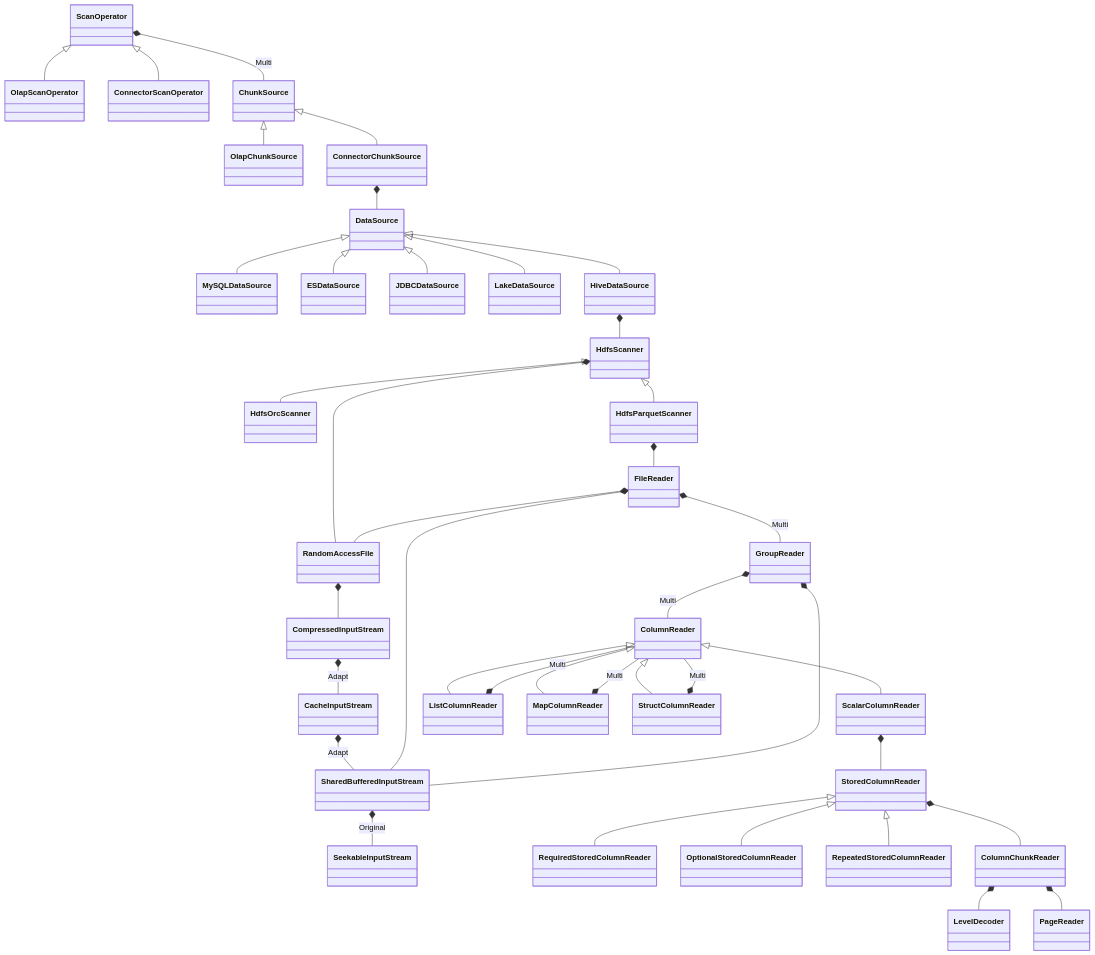
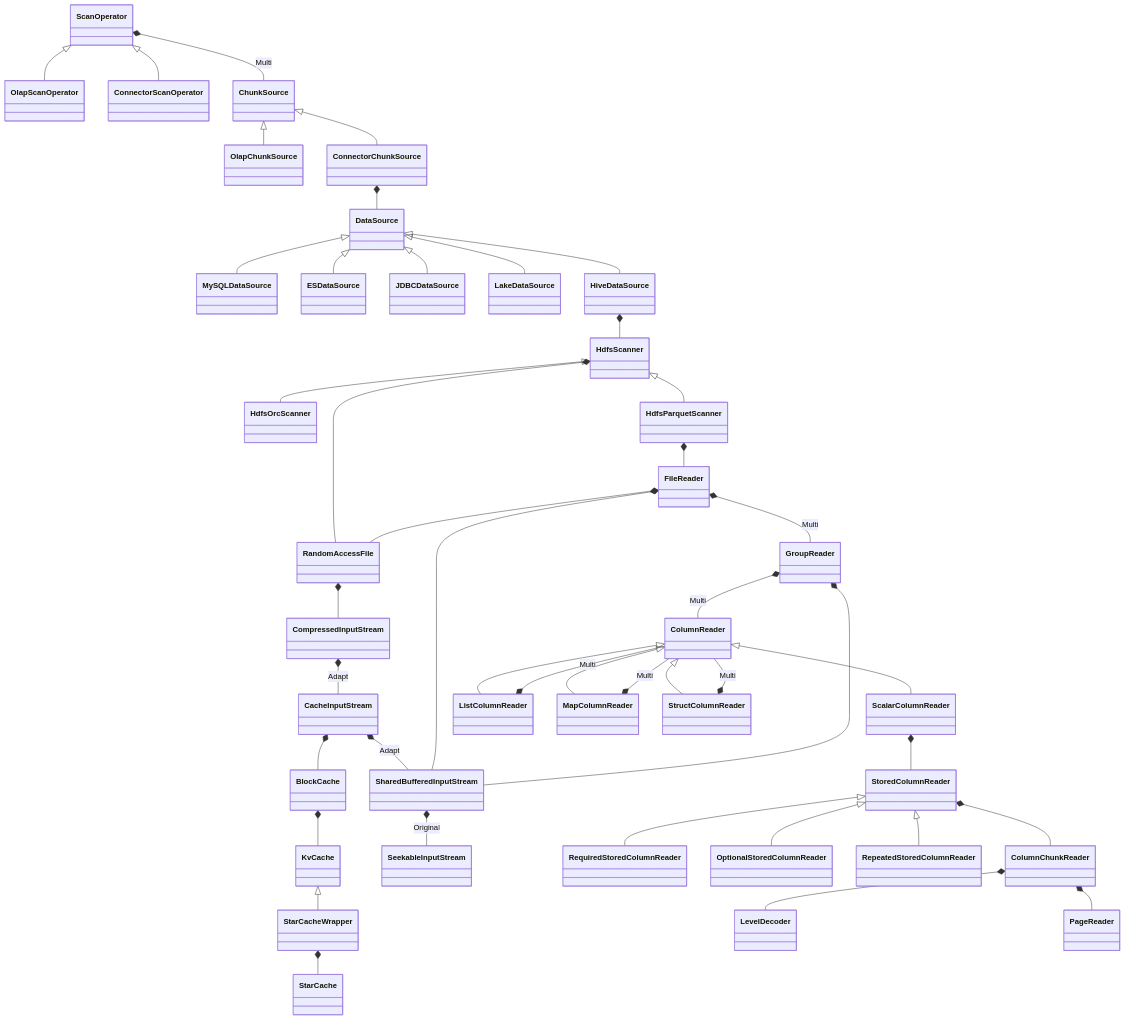
Before and after one commit to liuyehcf/BlogSource: the second of 2 diagrams in _unposts/codebase/StarRocks.md, drawn with Mermaid. The commit also changed other lines of this file and 15 other files, not shown here.

````diff
--- a/_unposts/codebase/StarRocks.md
+++ b/_unposts/codebase/StarRocks.md
@@ -558,42 +597,46 @@
 ```mermaid
 classDiagram
     ScanOperator <|-- OlapScanOperator
     ScanOperator <|-- ConnectorScanOperator
     ScanOperator *-- ChunkSource: Multi
     ChunkSource <|-- OlapChunkSource
     ChunkSource <|-- ConnectorChunkSource
     ConnectorChunkSource *-- DataSource
     DataSource <|-- MySQLDataSource
     DataSource <|-- ESDataSource
     DataSource <|-- JDBCDataSource
     DataSource <|-- LakeDataSource
     DataSource <|-- HiveDataSource
     HiveDataSource *-- HdfsScanner
     HdfsScanner *-- RandomAccessFile
     RandomAccessFile *-- CompressedInputStream
     CompressedInputStream *-- CacheInputStream: Adapt
+    CacheInputStream *-- BlockCache
+    BlockCache *-- KvCache
+    KvCache <|-- StarCacheWrapper
+    StarCacheWrapper *-- StarCache
     CacheInputStream *-- SharedBufferedInputStream: Adapt
     SharedBufferedInputStream *-- SeekableInputStream: Original
     HdfsScanner <|-- HdfsOrcScanner
     HdfsScanner <|-- HdfsParquetScanner
     HdfsParquetScanner *-- FileReader
     FileReader *-- RandomAccessFile
     FileReader *-- GroupReader: Multi
     FileReader *-- SharedBufferedInputStream
     GroupReader *-- ColumnReader: Multi
     GroupReader *-- SharedBufferedInputStream
     ColumnReader <|-- ScalarColumnReader
     ColumnReader <|-- ListColumnReader
     ColumnReader <|-- MapColumnReader
     ColumnReader <|-- StructColumnReader
     ListColumnReader *-- ColumnReader: Multi
     MapColumnReader *-- ColumnReader: Multi
     StructColumnReader *-- ColumnReader: Multi
     ScalarColumnReader *-- StoredColumnReader
     StoredColumnReader <|-- RequiredStoredColumnReader
     StoredColumnReader <|-- OptionalStoredColumnReader
     StoredColumnReader <|-- RepeatedStoredColumnReader
     StoredColumnReader *-- ColumnChunkReader
     ColumnChunkReader *-- LevelDecoder
     ColumnChunkReader *-- PageReader
 ```
````
